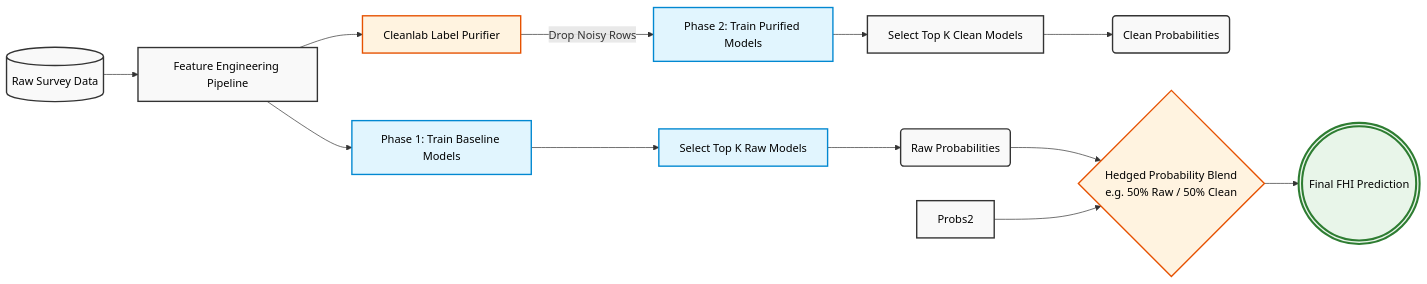
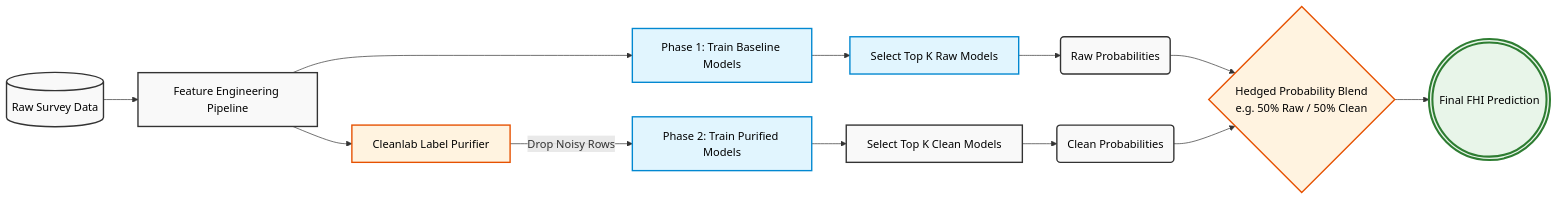
One commit to Julie-Montague/Financial_Health_Prediction_Challenge changed the diagram in README.md. Above: the diagram before and after it, drawn with Mermaid.

````diff
--- a/README.md
+++ b/README.md
@@ -90,32 +90,32 @@
 ```mermaid
 flowchart LR
     %% Data Ingestion & Prep
     Data[(Raw Survey Data)] --> Prep[Feature Engineering Pipeline]
     
     %% Phase 1: Raw Baseline
     Prep --> Phase1[Phase 1: Train Baseline Models]
     Phase1 --> TopK1[Select Top K Raw Models]
     TopK1 --> Probs1(Raw Probabilities)
     
     %% Phase 2: Cleanlab Purification
     Prep --> Clean[Cleanlab Label Purifier]
     Clean -->|Drop Noisy Rows| Phase2[Phase 2: Train Purified Models]
     Phase2 --> TopK[Select Top K Clean Models]
-    TopK --> Probs(Clean Probabilities)
+    TopK --> Probs2(Clean Probabilities)
     
     %% Final Fusion
     Probs1 --> Blend{Hedged Probability Blend<br>e.g. 50% Raw / 50% Clean}
     Probs2 --> Blend
     
     Blend --> Final(((Final FHI Prediction)))
 
     %% High-Contrast Styling (Dark Text on Light Backgrounds)
     classDef default fill:#f9f9f9,stroke:#333,stroke-width:2px,color:#000;
     classDef highlight fill:#e1f5fe,stroke:#0288d1,stroke-width:2px,color:#000;
     classDef accent fill:#fff3e0,stroke:#e65100,stroke-width:2px,color:#000;
     classDef target fill:#e8f5e9,stroke:#2e7d32,stroke-width:3px,color:#000;
     
     class Phase1,Phase2,TopK1,TopK2 highlight;
     class Clean,Blend accent;
     class Final target;
 ```
````
